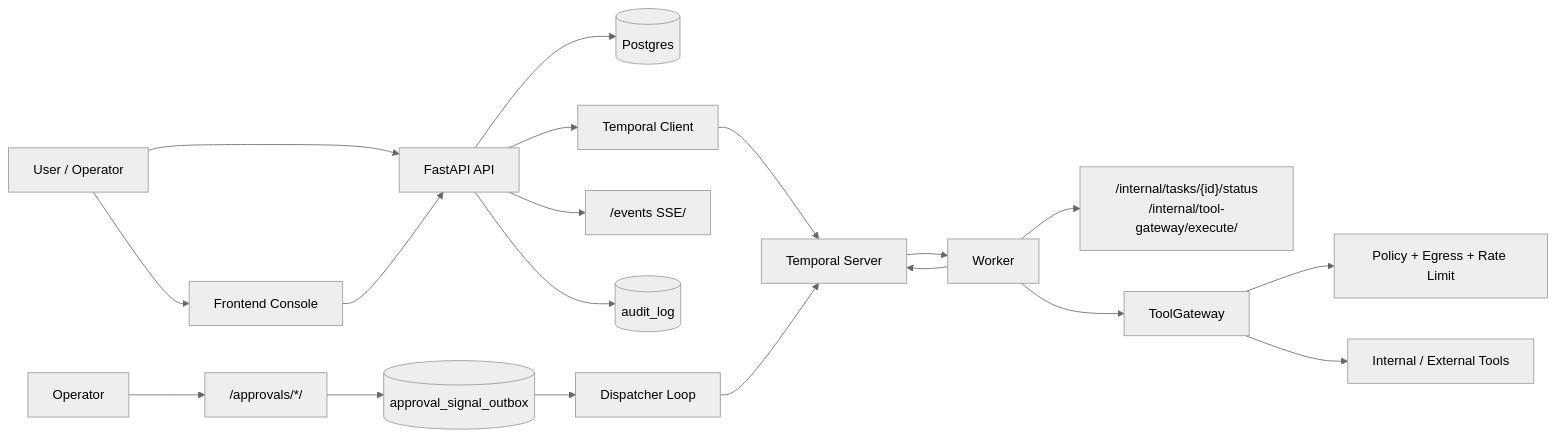
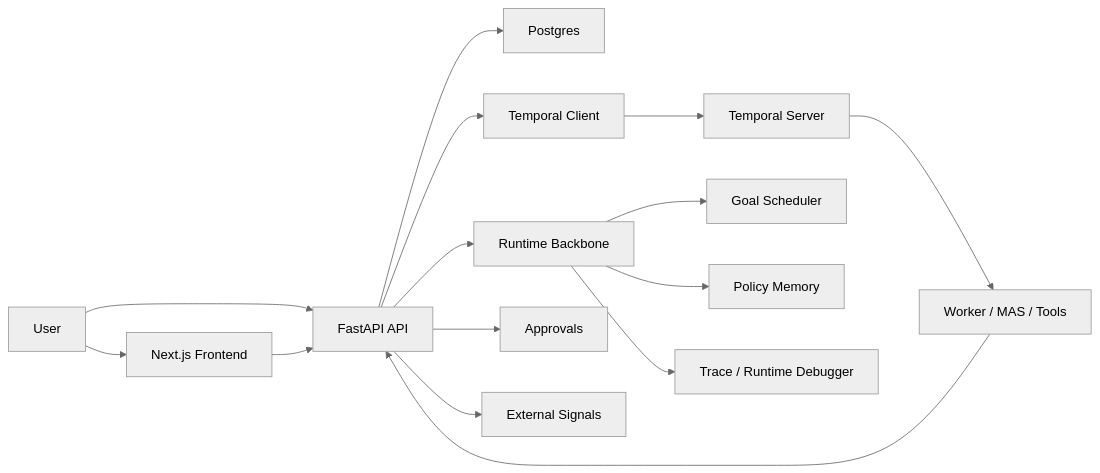
One commit to djc-jpg/xh-helper changed the diagram in README.md. Above: the diagram before and after it, drawn with Mermaid (neutral theme). The commit also changed other lines of this file and 13 other files, not shown here.

````diff
--- a/README.md
+++ b/README.md
@@ -56,25 +87,20 @@
 ```mermaid
 flowchart LR
-    U["User / Operator"] --> FE["Frontend Console"]
+    U["User"] --> FE["Next.js Frontend"]
     U --> API["FastAPI API"]
     FE --> API
 
-    API --> PG[(Postgres)]
+    API --> PG["Postgres"]
     API --> TC["Temporal Client"]
     TC --> TS["Temporal Server"]
-    TS --> WK["Worker"]
+    TS --> WK["Worker / MAS / Tools"]
 
-    WK --> TS
-    WK --> APIINT["/internal/tasks/{id}/status\n/internal/tool-gateway/execute/"]
-    WK --> TG["ToolGateway"]
-    TG --> POL["Policy + Egress + Rate Limit"]
-    TG --> EXT["Internal / External Tools"]
+    API --> RT["Runtime Backbone"]
+    RT --> GS["Goal Scheduler"]
+    RT --> PM["Policy Memory"]
+    RT --> TR["Trace / Runtime Debugger"]
 
-    API --> SSE["/events SSE/"]
-    API --> AUD[(audit_log)]
-
-    OP["Operator"] --> APPR["/approvals/*/"]
-    APPR --> OUTBOX[(approval_signal_outbox)]
-    OUTBOX --> DISP["Dispatcher Loop"]
-    DISP --> TS
+    WK --> API
+    API --> AP["Approvals"]
+    API --> ES["External Signals"]
 ```
````
